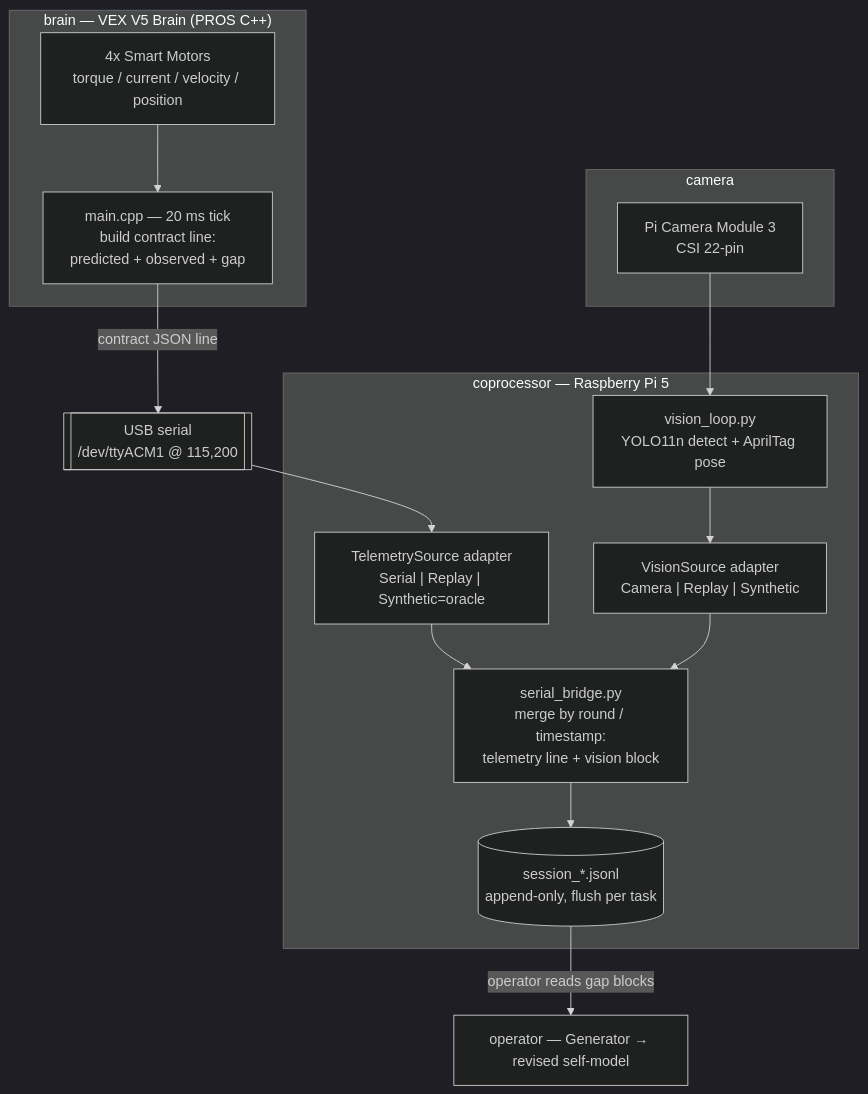
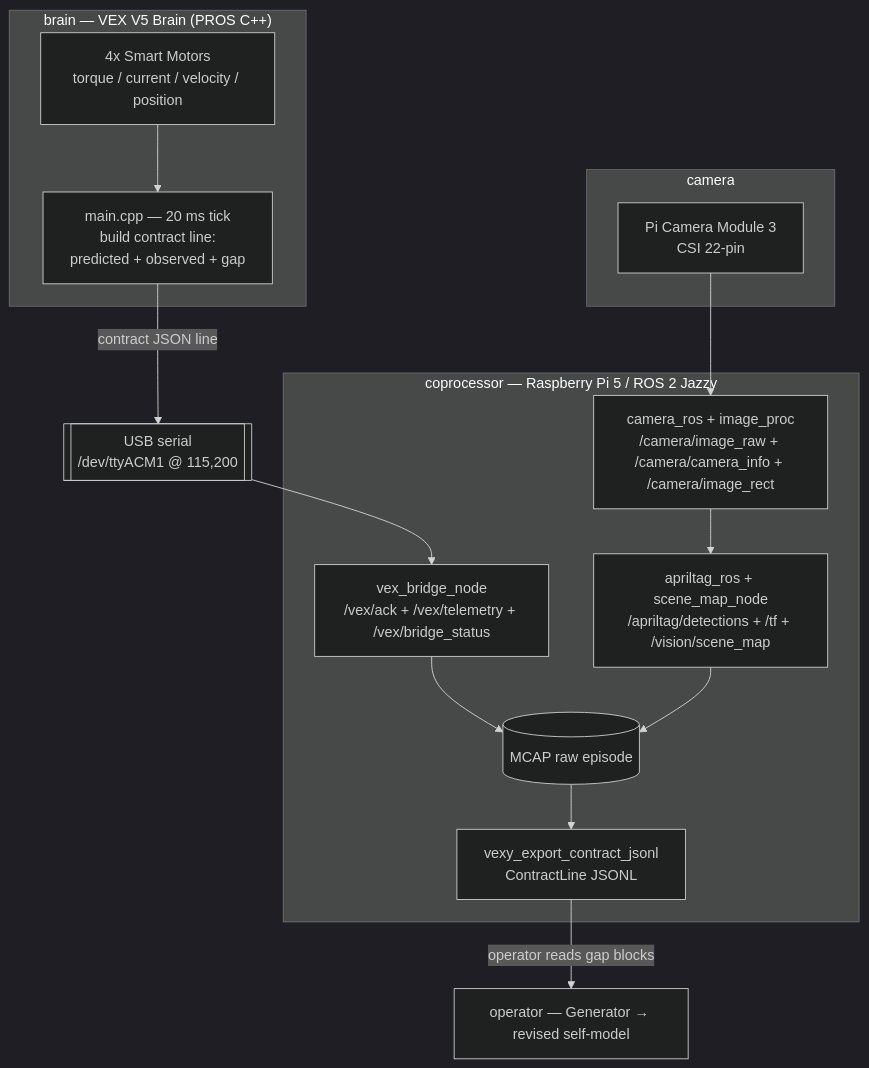
Before and after one commit to codewizard-dt/llm-self-model-capstone: the first of 2 diagrams in MASTER_REQUIREMENTS.md, drawn with Mermaid (dark theme). The commit also changed other lines of this file and 4 other files, not shown here.

Commit message:
docs: align ROS calibration proof status

````diff
--- a/MASTER_REQUIREMENTS.md
+++ b/MASTER_REQUIREMENTS.md
@@ -98,29 +98,29 @@
 ```mermaid
 flowchart TD
   subgraph brain["brain — VEX V5 Brain (PROS C++)"]
     MOT["4x Smart Motors<br/>torque / current / velocity / position"]
     BM["main.cpp — 20 ms tick<br/>build contract line:<br/>predicted + observed + gap"]
     MOT --> BM
   end
   BM -->|"contract JSON line"| USB[["USB serial<br/>/dev/ttyACM1 @ 115,200"]]
 
   subgraph camera["camera"]
     CAM["Pi Camera Module 3<br/>CSI 22-pin"]
   end
 
-  subgraph copro["coprocessor — Raspberry Pi 5"]
-    TSRC["TelemetrySource adapter<br/>Serial | Replay | Synthetic=oracle"]
-    VLOOP["vision_loop.py<br/>YOLO11n detect + AprilTag pose"]
-    VSRC["VisionSource adapter<br/>Camera | Replay | Synthetic"]
-    BRIDGE["serial_bridge.py<br/>merge by round / timestamp:<br/>telemetry line + vision block"]
-    OUT[("session_*.jsonl<br/>append-only, flush per task")]
-    TSRC --> BRIDGE
-    VLOOP --> VSRC --> BRIDGE
-    BRIDGE --> OUT
+  subgraph copro["coprocessor — Raspberry Pi 5 / ROS 2 Jazzy"]
+    ROSVEX["vex_bridge_node<br/>/vex/ack + /vex/telemetry + /vex/bridge_status"]
+    CAMROS["camera_ros + image_proc<br/>/camera/image_raw + /camera/camera_info + /camera/image_rect"]
+    TAGS["apriltag_ros + scene_map_node<br/>/apriltag/detections + /tf + /vision/scene_map"]
+    MCAP[("MCAP raw episode")]
+    EXPORT["vexy_export_contract_jsonl<br/>ContractLine JSONL"]
+    ROSVEX --> MCAP
+    CAMROS --> TAGS --> MCAP
+    MCAP --> EXPORT
   end
 
-  USB --> TSRC
-  CAM --> VLOOP
+  USB --> ROSVEX
+  CAM --> CAMROS
 
-  OUT -->|"operator reads gap blocks"| GEN["operator — Generator → revised self-model"]
+  EXPORT -->|"operator reads gap blocks"| GEN["operator — Generator → revised self-model"]
 ```
````
